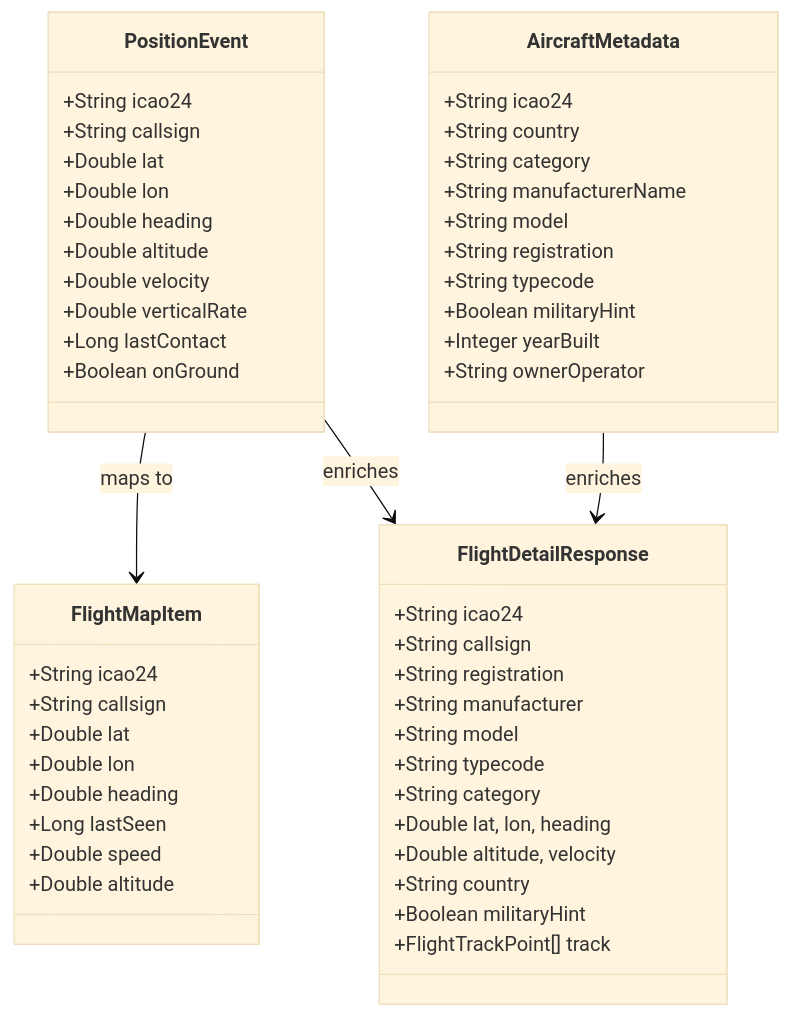
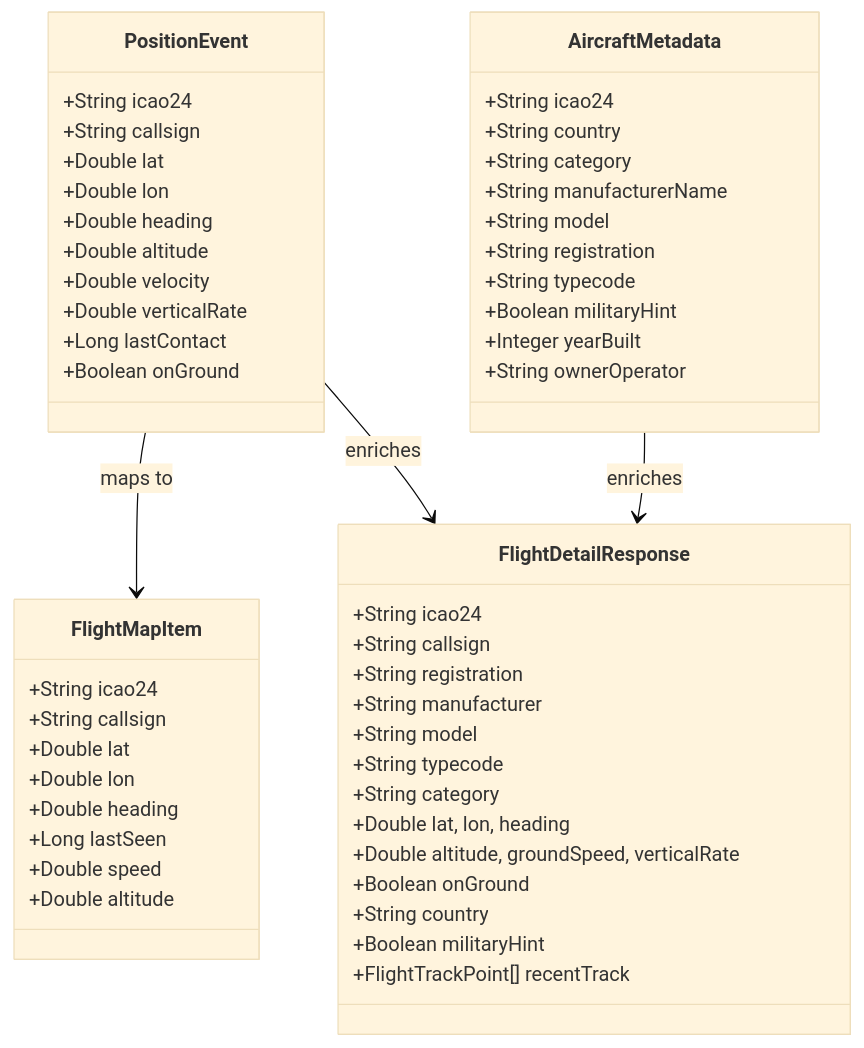
One commit to ClementV78/CloudRadar changed the eighth of 28 diagrams in docs/architecture/technical-architecture-document.md. Above: the diagram before and after it, drawn with Mermaid (base theme). The commit also changed other lines of this file and 1 other file, not shown here.

First line of the commit message:
docs(architecture): align technical architecture docs

````diff
--- a/docs/architecture/technical-architecture-document.md
+++ b/docs/architecture/technical-architecture-document.md
@@ -251,58 +260,59 @@
 ```mermaid
 classDiagram
     class PositionEvent {
         +String icao24
         +String callsign
         +Double lat
         +Double lon
         +Double heading
         +Double altitude
         +Double velocity
         +Double verticalRate
         +Long lastContact
         +Boolean onGround
     }
 
     class FlightMapItem {
         +String icao24
         +String callsign
         +Double lat
         +Double lon
         +Double heading
         +Long lastSeen
         +Double speed
         +Double altitude
     }
 
     class FlightDetailResponse {
         +String icao24
         +String callsign
         +String registration
         +String manufacturer
         +String model
         +String typecode
         +String category
         +Double lat, lon, heading
-        +Double altitude, velocity
+        +Double altitude, groundSpeed, verticalRate
+        +Boolean onGround
         +String country
         +Boolean militaryHint
-        +FlightTrackPoint[] track
+        +FlightTrackPoint[] recentTrack
     }
 
     class AircraftMetadata {
         +String icao24
         +String country
         +String category
         +String manufacturerName
         +String model
         +String registration
         +String typecode
         +Boolean militaryHint
         +Integer yearBuilt
         +String ownerOperator
     }
 
     PositionEvent --> FlightMapItem : maps to
     PositionEvent --> FlightDetailResponse : enriches
     AircraftMetadata --> FlightDetailResponse : enriches
 ```
````
